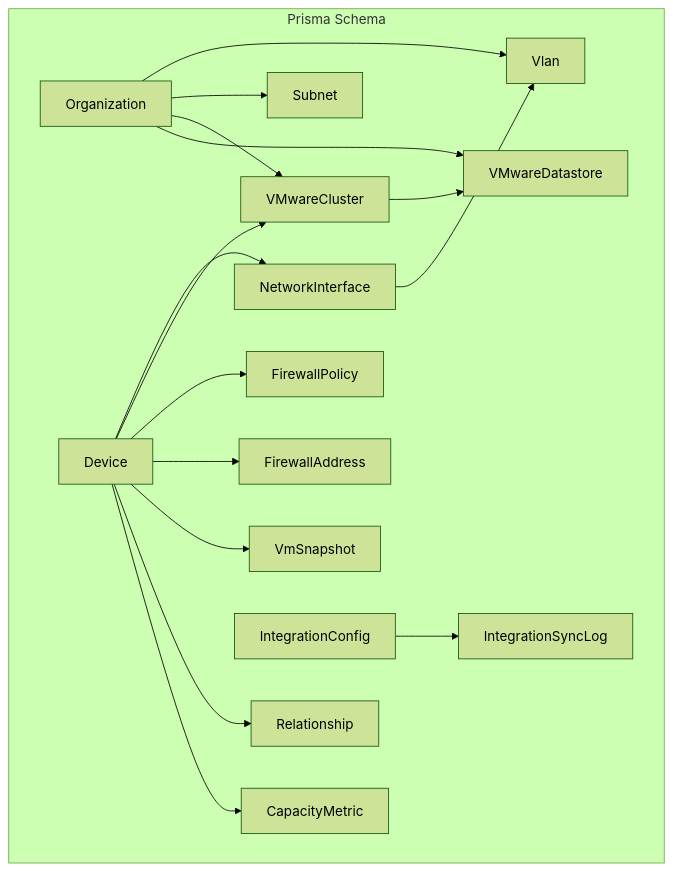
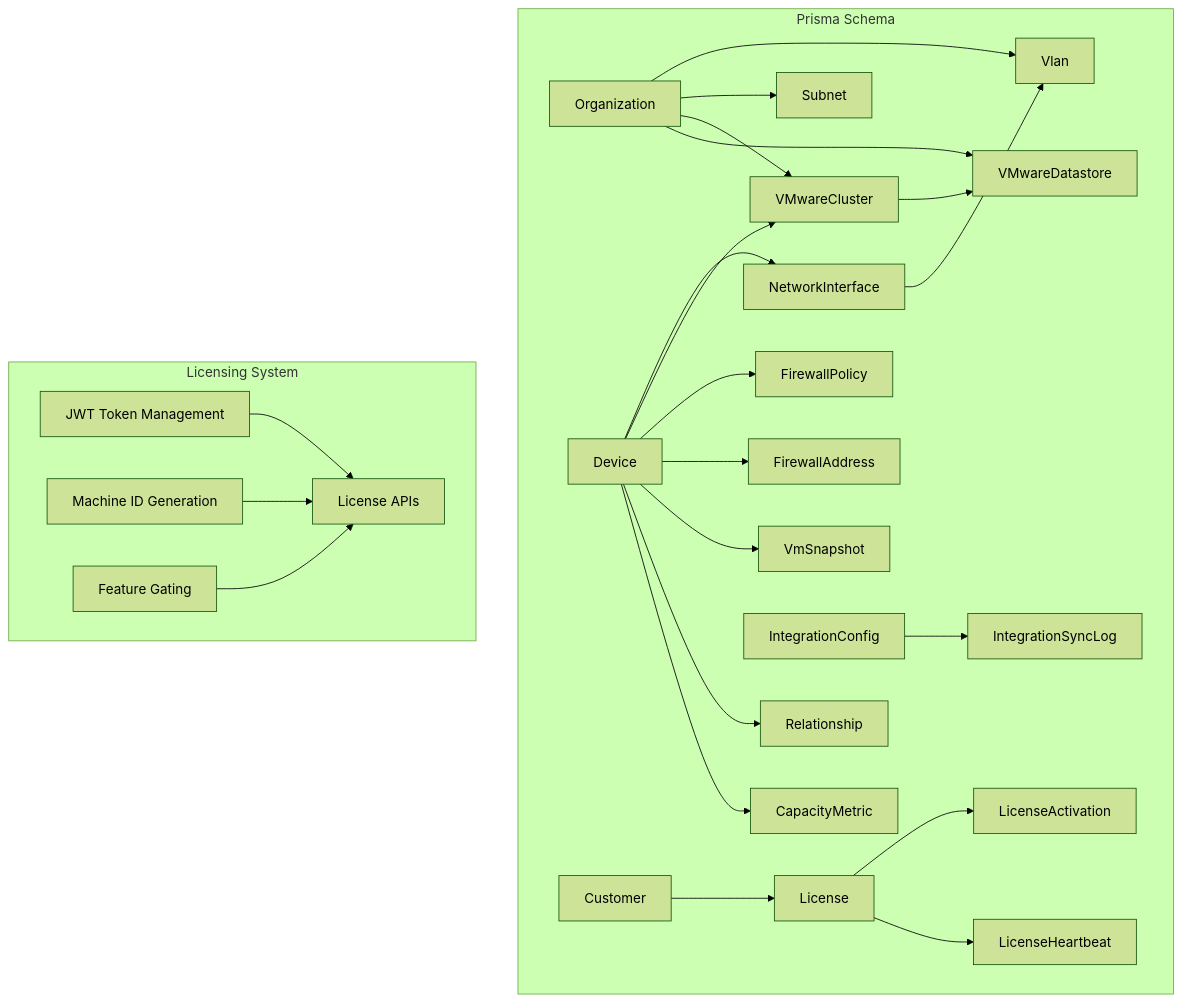
Before and after one commit to celebigilfatih/infrascope: the first of 17 diagrams in .qoder/repowiki/en/content/Database Schema & Models/Enterprise Features.md, drawn with Mermaid (forest theme). The commit also changed other lines of this file and 12 other files, not shown here.

First line of the commit message:
feat(api): add authentication, license management, and enhanced security middleware

````diff
--- a/.qoder/repowiki/en/content/Database Schema & Models/Enterprise Features.md
+++ b/.qoder/repowiki/en/content/Database Schema & Models/Enterprise Features.md
@@ -29,33 +53,49 @@
 ```mermaid
 graph TB
 subgraph "Prisma Schema"
 ORG["Organization"]
 DEV["Device"]
 NI["NetworkInterface"]
 VLAN["Vlan"]
 SUB["Subnet"]
 FPOL["FirewallPolicy"]
 FADDR["FirewallAddress"]
 CLU["VMwareCluster"]
 DS["VMwareDatastore"]
 CM["CapacityMetric"]
 SNAP["VmSnapshot"]
 REL["Relationship"]
 ICONF["IntegrationConfig"]
 ISLOG["IntegrationSyncLog"]
+CUST["Customer"]
+LIC["License"]
+LACT["LicenseActivation"]
+LHB["LicenseHeartbeat"]
+end
+subgraph "Licensing System"
+JWT["JWT Token Management"]
+MID["Machine ID Generation"]
+FS["Feature Gating"]
+API["License APIs"]
 end
 ORG --> VLAN
 ORG --> SUB
 ORG --> CLU
 ORG --> DS
 DEV --> NI
 NI --> VLAN
 DEV --> CLU
 DEV --> FPOL
 DEV --> FADDR
 CLU --> DS
 DEV --> SNAP
 DEV --> REL
 DEV --> CM
 ICONF --> ISLOG
+CUST --> LIC
+LIC --> LACT
+LIC --> LHB
+JWT --> API
+MID --> API
+FS --> API
 ```
````
